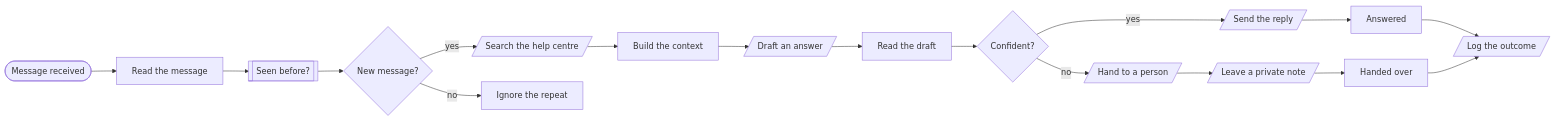
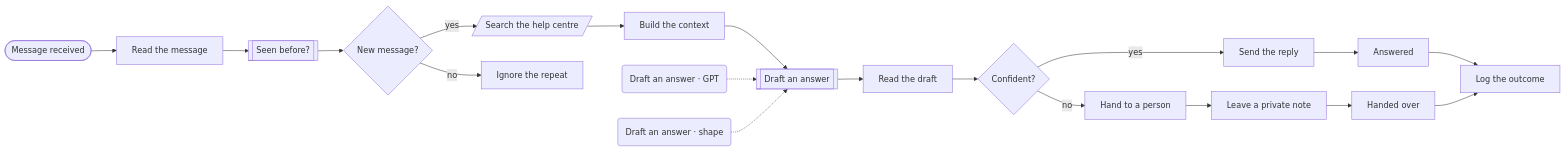
One commit to kimjoshuadr/n8n-workflows changed the first of 3 diagrams in systems/support-agent/README.md. Above: the diagram before and after it, drawn with Mermaid. The commit also changed other lines of this file and 184 other files, not shown here.

Commit message:
Finish the move to named platforms: blocks, BambooHR, generated README, schema and platform marks

````diff
--- a/systems/support-agent/README.md
+++ b/systems/support-agent/README.md
@@ -23,35 +21,39 @@
 ```mermaid
 flowchart LR
   n1aodkap(["Message received"])
   n2grn5h["Read the message"]
   n1ja4syq[["Seen before?"]]
   n15x6d6n{"New message?"}
   n19sycpm[/"Search the help centre"/]
   n1vchxqf["Build the context"]
-  nb8srwr[/"Draft an answer"/]
+  nb8srwr[["Draft an answer"]]
+  nue7lal("Draft an answer · GPT")
+  ngbzhur("Draft an answer · shape")
   nlz0nj["Read the draft"]
   n1fqwg62{"Confident?"}
-  nk7j93e[/"Send the reply"/]
-  n12fjapb[/"Hand to a person"/]
-  n1hpt4hq[/"Leave a private note"/]
+  nk7j93e["Send the reply"]
+  n12fjapb["Hand to a person"]
+  n1hpt4hq["Leave a private note"]
   n1voqbr8["Answered"]
   ny2qpjz["Handed over"]
-  n196wgcg[/"Log the outcome"/]
+  n196wgcg["Log the outcome"]
   n1ntcjch["Ignore the repeat"]
   n1aodkap --> n2grn5h
   n2grn5h --> n1ja4syq
   n1ja4syq --> n15x6d6n
   n15x6d6n -->|yes| n19sycpm
   n19sycpm --> n1vchxqf
   n1vchxqf --> nb8srwr
   nb8srwr --> nlz0nj
   nlz0nj --> n1fqwg62
   n1fqwg62 -->|yes| nk7j93e
   nk7j93e --> n1voqbr8
   n1voqbr8 --> n196wgcg
   n15x6d6n -->|no| n1ntcjch
   n1fqwg62 -->|no| n12fjapb
   n12fjapb --> n1hpt4hq
   n1hpt4hq --> ny2qpjz
   ny2qpjz --> n196wgcg
+  nue7lal -.-> nb8srwr
+  ngbzhur -.-> nb8srwr
 ```
````
